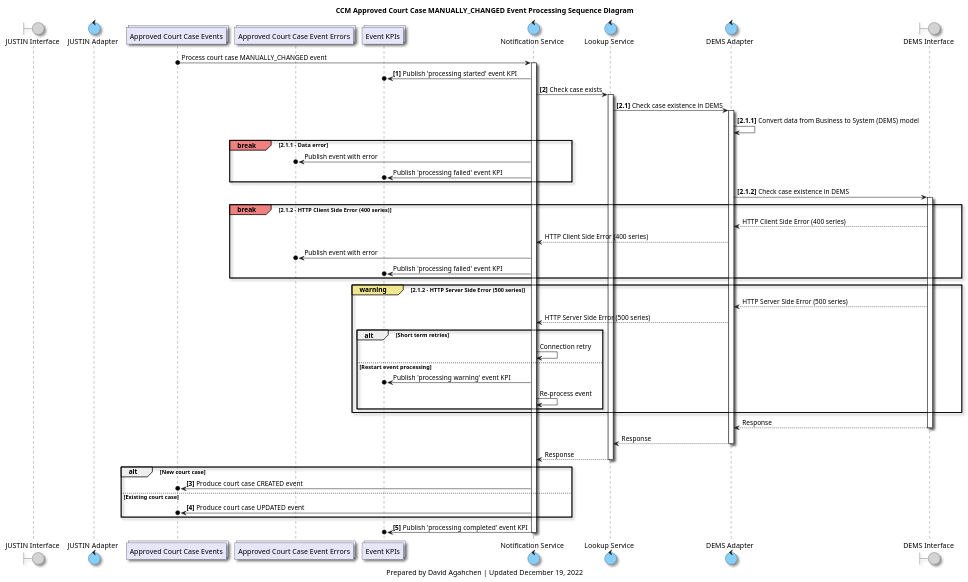
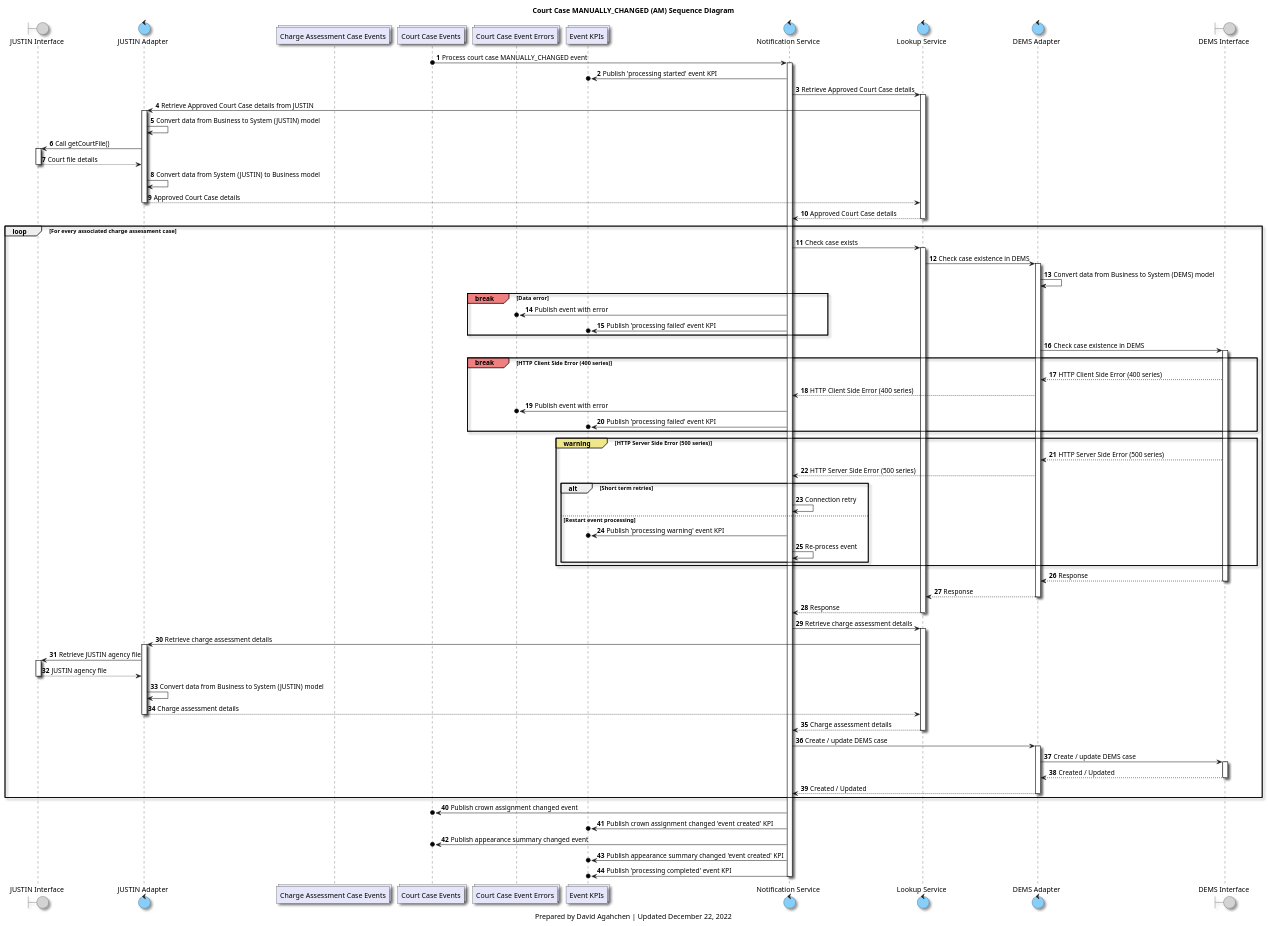
The diagram in diagrams/ccm_approved_court_case_manually_changed_processing_sequence_diagram.plantuml (bcgov/jpss-jade-ccm), drawn with PlantUML before and after one commit. The commit also changed 21 other files, not shown here.

Commit message:
Updated sequence diagrams

```diff
--- a/diagrams/ccm_approved_court_case_manually_changed_processing_sequence_diagram.plantuml
+++ b/diagrams/ccm_approved_court_case_manually_changed_processing_sequence_diagram.plantuml
@@ -1,87 +1,133 @@
 @startuml
 'hide footbox
 
 skinparam Shadowing true
 skinparam CollectionsBackgroundColor Lavender
 skinparam ControlBackgroundColor LightSkyBlue
 skinparam BoundaryBackgroundColor LightGrey
 
 
 /' 
 Available colours
 https://plantuml-documentation.readthedocs.io/en/latest/formatting/color-names.html
 '/
 
 boundary j_interface as "JUSTIN Interface"
 control j_adapter as "JUSTIN Adapter"
-collections approved_court_cases_topic as "Approved Court Case Events"
-collections errors_topic as "Approved Court Case Event Errors"
+collections charge_assessment_cases_topic as "Charge Assessment Case Events"
+collections approved_court_cases_topic as "Court Case Events"
+collections errors_topic as "Court Case Event Errors"
 collections kpis_topic as "Event KPIs"
 control notification_service as "Notification Service"
 control lookup_service as "Lookup Service"
 control d_adapter as "DEMS Adapter"
 boundary d_interface as "DEMS Interface"
 
 title
-CCM Approved Court Case MANUALLY_CHANGED Event Processing Sequence Diagram
+Court Case MANUALLY_CHANGED (AM) Sequence Diagram
 end title
+
+autonumber
 
 approved_court_cases_topic o-> notification_service: Process court case MANUALLY_CHANGED event
 activate notification_service
 
-notification_service ->o kpis_topic: **[1]** Publish 'processing started' event KPI
+notification_service ->o kpis_topic: Publish 'processing started' event KPI
 
-notification_service -> lookup_service: **[2]** Check case exists
+notification_service -> lookup_service: Retrieve Approved Court Case details
 activate lookup_service
+lookup_service -> j_adapter: Retrieve Approved Court Case details from JUSTIN
 
-lookup_service -> d_adapter: **[2.1]** Check case existence in DEMS
-activate d_adapter
-d_adapter -> d_adapter: **[2.1.1]** Convert data from Business to System (DEMS) model
+activate j_adapter
+j_adapter -> j_adapter: Convert data from Business to System (JUSTIN) model
+j_adapter -> j_interface: Call getCourtFile()
+activate j_interface
+j_interface --> j_adapter: Court file details
+deactivate j_interface
+j_adapter -> j_adapter: Convert data from System (JUSTIN) to Business model
+j_adapter --> lookup_service: Approved Court Case details
+deactivate j_adapter
+
+lookup_service --> notification_service: Approved Court Case details
+deactivate lookup_service
+
+loop For every associated charge assessment case
+    notification_service -> lookup_service: Check case exists
+    activate lookup_service
+
+    lookup_service -> d_adapter: Check case existence in DEMS
+    activate d_adapter
+    d_adapter -> d_adapter: Convert data from Business to System (DEMS) model
 
 
-break#LightCoral 2.1.1 - Data error
-    notification_service ->o errors_topic: Publish event with error
-    notification_service ->o kpis_topic: Publish 'processing failed' event KPI
-end break
+    break#LightCoral Data error
+        notification_service ->o errors_topic: Publish event with error
+        notification_service ->o kpis_topic: Publish 'processing failed' event KPI
+    end break
 
-d_adapter -> d_interface: **[2.1.2]** Check case existence in DEMS
-activate d_interface
+    d_adapter -> d_interface: Check case existence in DEMS
+    activate d_interface
 
-break#LightCoral 2.1.2 - HTTP Client Side Error (400 series)
-    d_interface --> d_adapter: HTTP Client Side Error (400 series)
-    d_adapter --> notification_service: HTTP Client Side Error (400 series)
-    notification_service ->o errors_topic: Publish event with error
-    notification_service ->o kpis_topic: Publish 'processing failed' event KPI
-end break
+    break#LightCoral HTTP Client Side Error (400 series)
+        d_interface --> d_adapter: HTTP Client Side Error (400 series)
+        d_adapter --> notification_service: HTTP Client Side Error (400 series)
+        notification_service ->o errors_topic: Publish event with error
+        notification_service ->o kpis_topic: Publish 'processing failed' event KPI
+    end break
 
-group#Khaki warning [2.1.2 - HTTP Server Side Error (500 series)]
-    d_interface --> d_adapter: HTTP Server Side Error (500 series)
-    d_adapter --> notification_service: HTTP Server Side Error (500 series)
-    alt Short term retries
-        notification_service -> notification_service: Connection retry
-    else Restart event processing
-        notification_service ->o kpis_topic: Publish 'processing warning' event KPI
-        notification_service -> notification_service: Re-process event
-    end
-end group
+    group#Khaki warning [HTTP Server Side Error (500 series)]
+        d_interface --> d_adapter: HTTP Server Side Error (500 series)
+        d_adapter --> notification_service: HTTP Server Side Error (500 series)
+        alt Short term retries
+            notification_service -> notification_service: Connection retry
+        else Restart event processing
+            notification_service ->o kpis_topic: Publish 'processing warning' event KPI
+            notification_service -> notification_service: Re-process event
+        end
+    end group
 
-d_interface --> d_adapter: Response
-deactivate d_interface
-d_adapter --> lookup_service: Response
-deactivate d_adapter
-lookup_service --> notification_service: Response
-deactivate lookup_service
-alt New court case
-    notification_service ->o approved_court_cases_topic: **[3]** Produce court case CREATED event
-else Existing court case
-    notification_service ->o approved_court_cases_topic: **[4]** Produce court case UPDATED event
-end
+    d_interface --> d_adapter: Response
+    deactivate d_interface
+    d_adapter --> lookup_service: Response
+    deactivate d_adapter
+    lookup_service --> notification_service: Response
+    deactivate lookup_service
 
-notification_service ->o kpis_topic: **[5]** Publish 'processing completed' event KPI
+
+    notification_service -> lookup_service: Retrieve charge assessment details
+    activate lookup_service
+    lookup_service -> j_adapter: Retrieve charge assessment details
+    activate j_adapter
+    j_adapter -> j_interface: Retrieve JUSTIN agency file
+    activate j_interface
+    j_interface --> j_adapter: JUSTIN agency file
+    deactivate j_interface
+    j_adapter -> j_adapter: Convert data from Business to System (JUSTIN) model
+    j_adapter --> lookup_service: Charge assessment details
+    deactivate j_adapter
+    lookup_service --> notification_service: Charge assessment details
+    deactivate lookup_service
+
+    notification_service -> d_adapter: Create / update DEMS case
+    activate d_adapter
+    d_adapter -> d_interface: Create / update DEMS case
+    activate d_interface
+    d_interface --> d_adapter: Created / Updated
+    deactivate d_interface
+    d_adapter --> notification_service: Created / Updated
+    deactivate d_adapter
+end loop
+
+notification_service ->o approved_court_cases_topic: Publish crown assignment changed event 
+notification_service ->o kpis_topic: Publish crown assignment changed 'event created' KPI
+notification_service ->o approved_court_cases_topic: Publish appearance summary changed event 
+notification_service ->o kpis_topic: Publish appearance summary changed 'event created' KPI
+
+notification_service ->o kpis_topic: Publish 'processing completed' event KPI
 
 deactivate notification_service
 
 caption
-Prepared by David Agahchen | Updated December 19, 2022
+Prepared by David Agahchen | Updated December 22, 2022
 end caption
 @enduml
```
